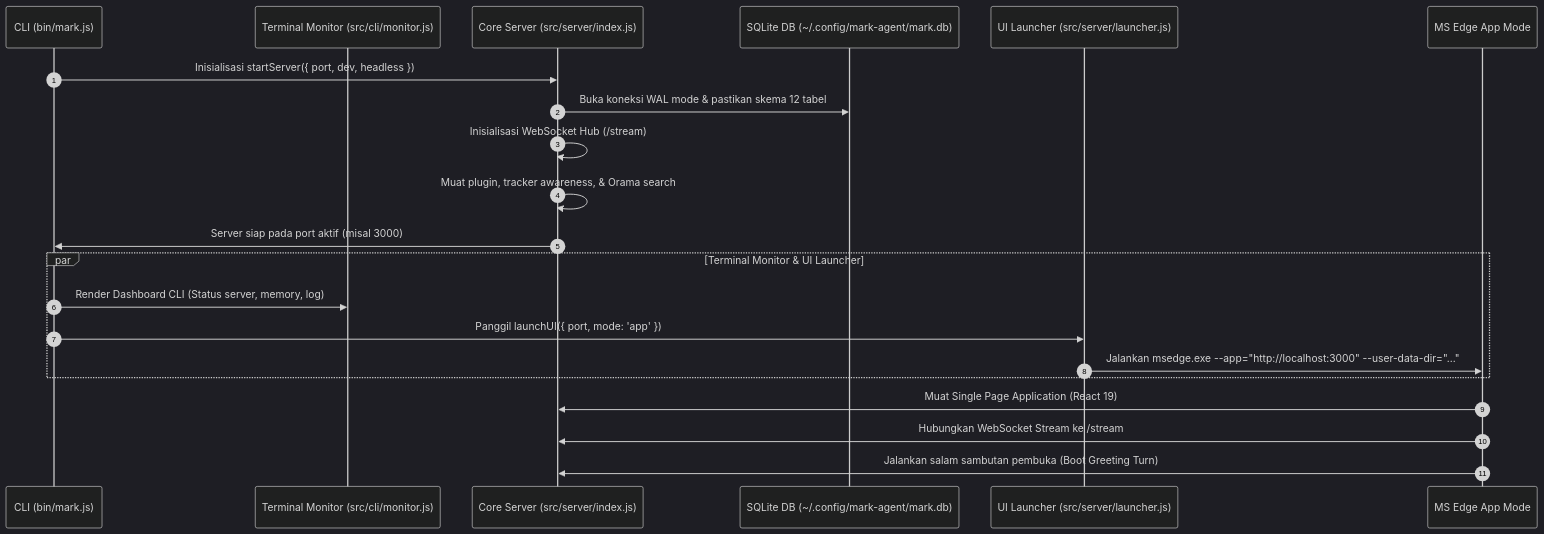
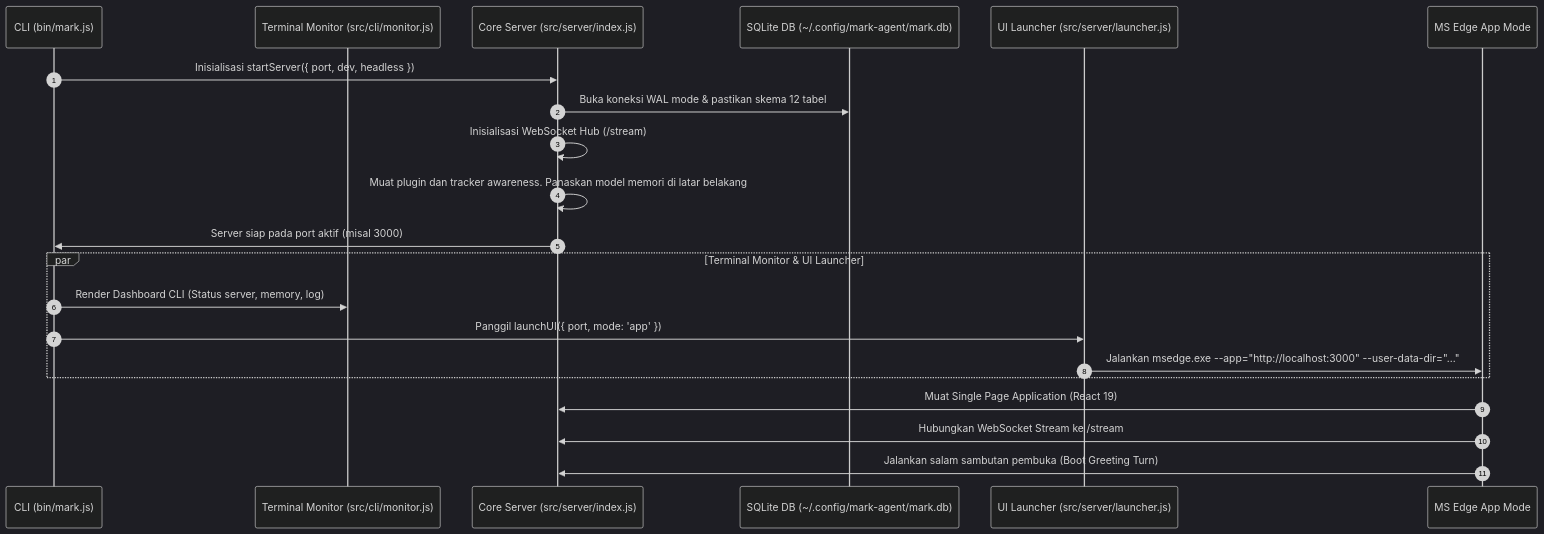
One commit to Mazees/mark-agent changed the diagram in docs/01-getting-started/quickstart.md. Above: the diagram before and after it, drawn with Mermaid (dark theme). The commit also changed 37 other files, not shown here.

````diff
--- a/docs/01-getting-started/quickstart.md
+++ b/docs/01-getting-started/quickstart.md
@@ -43,26 +43,26 @@
 ```mermaid
 sequenceDiagram
     autonumber
     participant CLI as CLI (bin/mark.js)
     participant Monitor as Terminal Monitor (src/cli/monitor.js)
     participant Server as Core Server (src/server/index.js)
     participant SQLite as SQLite DB (~/.config/mark-agent/mark.db)
     participant Launcher as UI Launcher (src/server/launcher.js)
     participant Edge as MS Edge App Mode
 
     CLI->>Server: Inisialisasi startServer({ port, dev, headless })
     Server->>SQLite: Buka koneksi WAL mode & pastikan skema 12 tabel
     Server->>Server: Inisialisasi WebSocket Hub (/stream)
-    Server->>Server: Muat plugin, tracker awareness, & Orama search
+    Server->>Server: Muat plugin dan tracker awareness. Panaskan model memori di latar belakang
     Server->>CLI: Server siap pada port aktif (misal 3000)
 
     par Terminal Monitor & UI Launcher
         CLI->>Monitor: Render Dashboard CLI (Status server, memory, log)
         CLI->>Launcher: Panggil launchUI({ port, mode: 'app' })
         Launcher->>Edge: Jalankan msedge.exe --app="http://localhost:3000" --user-data-dir="..."
     end
 
     Edge->>Server: Muat Single Page Application (React 19)
     Edge->>Server: Hubungkan WebSocket Stream ke /stream
     Edge->>Server: Jalankan salam sambutan pembuka (Boot Greeting Turn)
 ```
````
